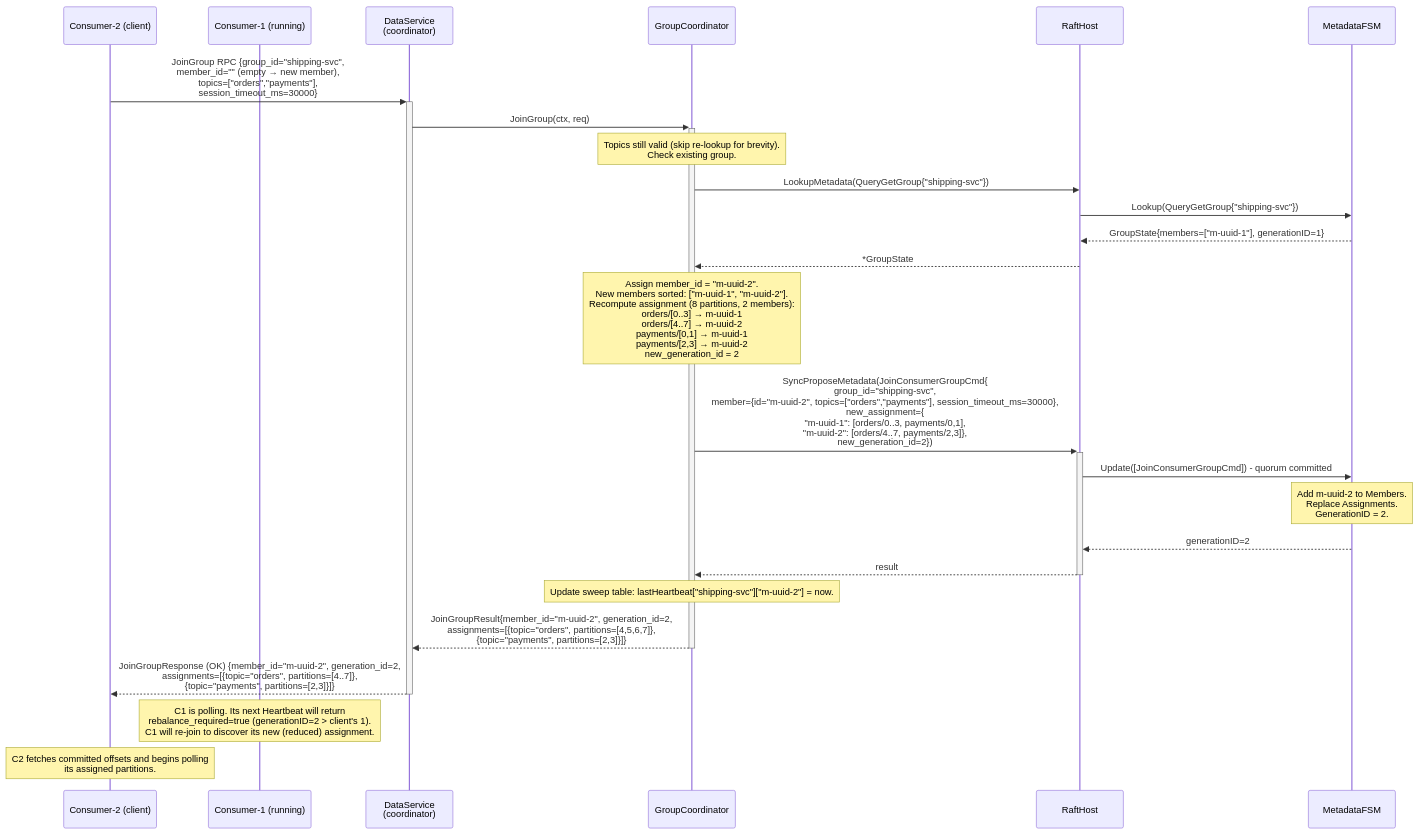
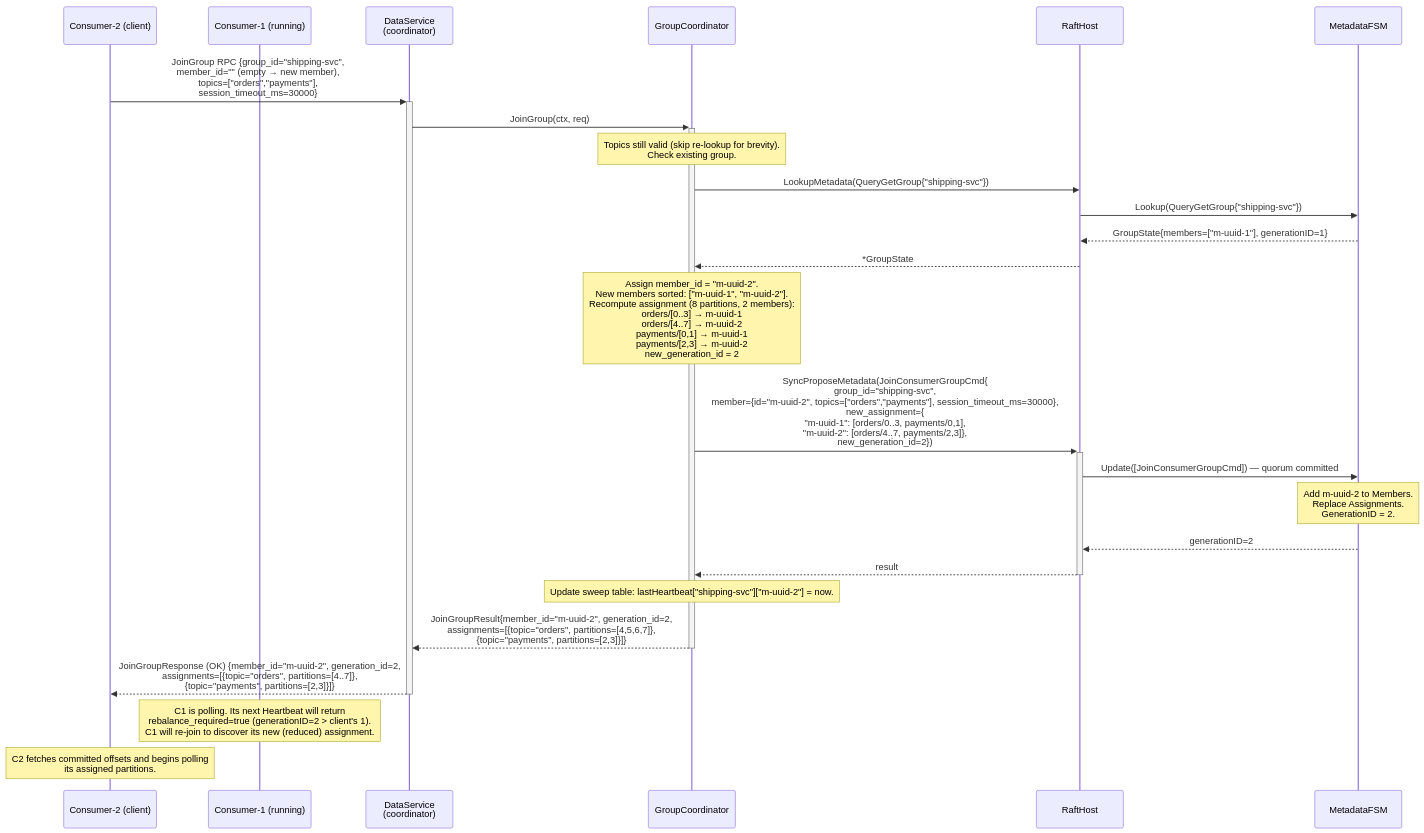
The second of 3 diagrams in docs/design/sequence/group-join.md (bunnymq/bunnymq), drawn with Mermaid before and after one commit. The commit also changed other lines of this file and 86 other files, not shown here.

````diff
--- a/docs/design/sequence/group-join.md
+++ b/docs/design/sequence/group-join.md
@@ -54,38 +54,38 @@
 ```mermaid
 sequenceDiagram
     participant C2 as Consumer-2 (client)
     participant C1 as Consumer-1 (running)
     participant DAPI as DataService<br/>(coordinator)
     participant GC as GroupCoordinator
     participant RH as RaftHost
     participant MFSM as MetadataFSM
 
     C2->>+DAPI: JoinGroup RPC {group_id="shipping-svc",<br/>member_id="" (empty → new member),<br/>topics=["orders","payments"],<br/>session_timeout_ms=30000}
 
     DAPI->>+GC: JoinGroup(ctx, req)
 
     Note over GC: Topics still valid (skip re-lookup for brevity).<br/>Check existing group.
 
     GC->>RH: LookupMetadata(QueryGetGroup{"shipping-svc"})
     RH->>MFSM: Lookup(QueryGetGroup{"shipping-svc"})
     MFSM-->>RH: GroupState{members=["m-uuid-1"], generationID=1}
     RH-->>GC: *GroupState
 
     Note over GC: Assign member_id = "m-uuid-2".<br/>New members sorted: ["m-uuid-1", "m-uuid-2"].<br/>Recompute assignment (8 partitions, 2 members):<br/>  orders/[0..3] → m-uuid-1<br/>  orders/[4..7] → m-uuid-2<br/>  payments/[0,1] → m-uuid-1<br/>  payments/[2,3] → m-uuid-2<br/>new_generation_id = 2
 
     GC->>+RH: SyncProposeMetadata(JoinConsumerGroupCmd{<br/>group_id="shipping-svc",<br/>member={id="m-uuid-2", topics=["orders","payments"], session_timeout_ms=30000},<br/>new_assignment={<br/>  "m-uuid-1": [orders/0..3, payments/0,1],<br/>  "m-uuid-2": [orders/4..7, payments/2,3]},<br/>new_generation_id=2})
 
-    RH->>MFSM: Update([JoinConsumerGroupCmd]) - quorum committed
+    RH->>MFSM: Update([JoinConsumerGroupCmd]) — quorum committed
     Note over MFSM: Add m-uuid-2 to Members.<br/>Replace Assignments.<br/>GenerationID = 2.
     MFSM-->>RH: generationID=2
     RH-->>-GC: result
 
     Note over GC: Update sweep table: lastHeartbeat["shipping-svc"]["m-uuid-2"] = now.
 
     GC-->>-DAPI: JoinGroupResult{member_id="m-uuid-2", generation_id=2,<br/>assignments=[{topic="orders", partitions=[4,5,6,7]},<br/>{topic="payments", partitions=[2,3]}]}
 
     DAPI-->>-C2: JoinGroupResponse (OK) {member_id="m-uuid-2", generation_id=2,<br/>assignments=[{topic="orders", partitions=[4..7]},<br/>{topic="payments", partitions=[2,3]}]}
 
     Note over C1: C1 is polling. Its next Heartbeat will return<br/>rebalance_required=true (generationID=2 > client's 1).<br/>C1 will re-join to discover its new (reduced) assignment.
     Note over C2: C2 fetches committed offsets and begins polling<br/>its assigned partitions.
 ```
````
